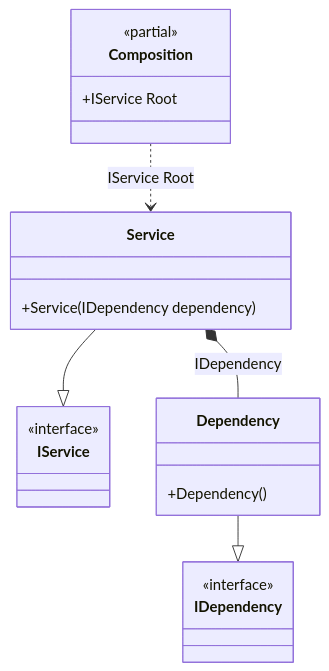
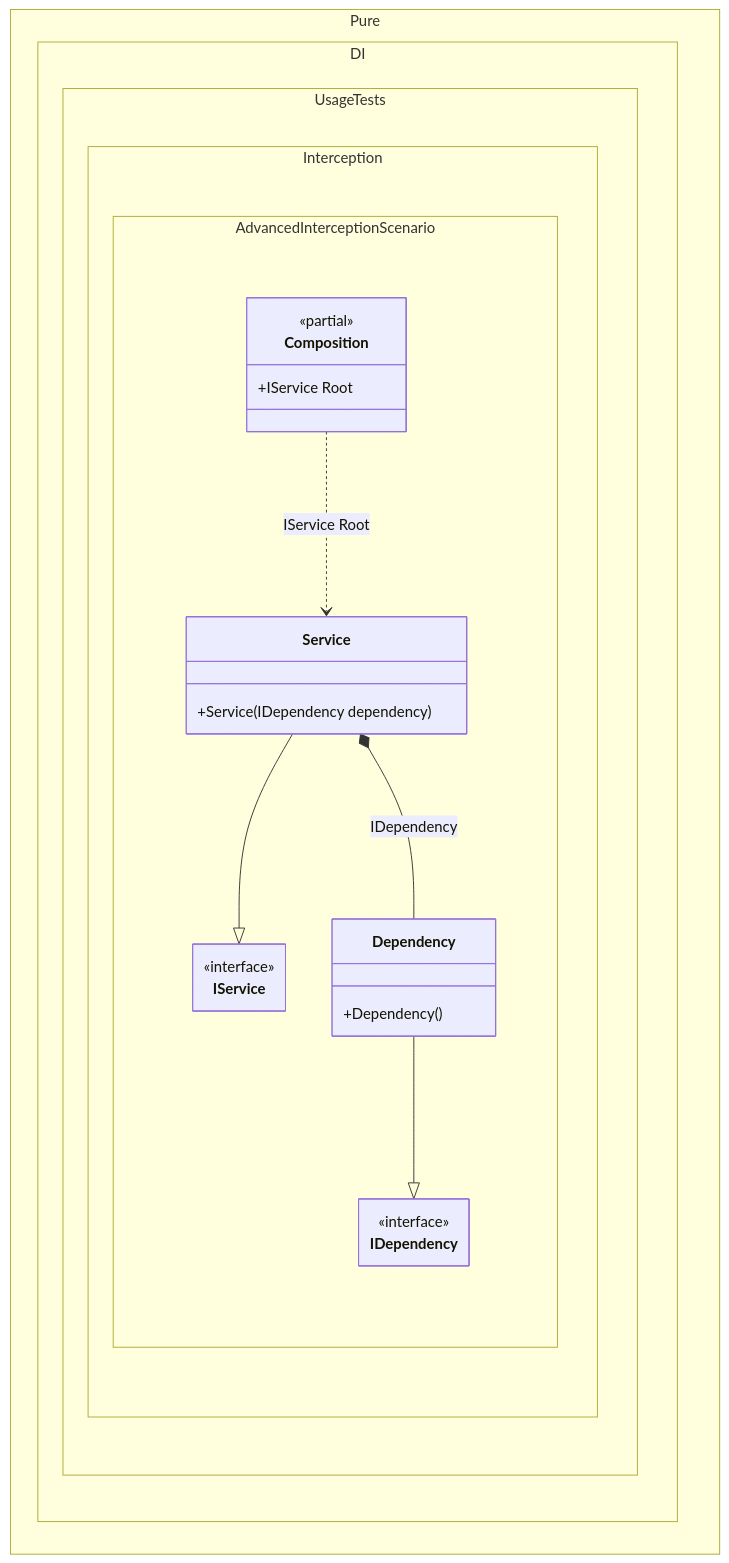
One commit to DevTeam/Pure.DI changed the diagram in readme/advanced-interception.md. Above: the diagram before and after it, drawn with Mermaid. The commit also changed 103 other files, not shown here.

Commit message:
Improved class diagrams

````diff
--- a/readme/advanced-interception.md
+++ b/readme/advanced-interception.md
@@ -152,23 +152,30 @@
 ```mermaid
+---
+ config:
+  class:
+   hideEmptyMembersBox: true
+---
 classDiagram
-	class Composition {
+	Service --|> IService
+	Dependency --|> IDependency
+	Composition ..> Service : IService Root
+	Service *--  Dependency : IDependency
+	namespace Pure.DI.UsageTests.Interception.AdvancedInterceptionScenario {
+		class Composition {
 		<<partial>>
 		+IService Root
+		}
+		class Dependency {
+			+Dependency()
+		}
+		class IDependency {
+			<<interface>>
+		}
+		class IService {
+			<<interface>>
+		}
+		class Service {
+			+Service(IDependency dependency)
+		}
 	}
-	Service --|> IService
-	class Service {
-		+Service(IDependency dependency)
-	}
-	Dependency --|> IDependency
-	class Dependency {
-		+Dependency()
-	}
-	class IService {
-		<<interface>>
-	}
-	class IDependency {
-		<<interface>>
-	}
-	Composition ..> Service : IService Root
-	Service *--  Dependency : IDependency
 ```
````
